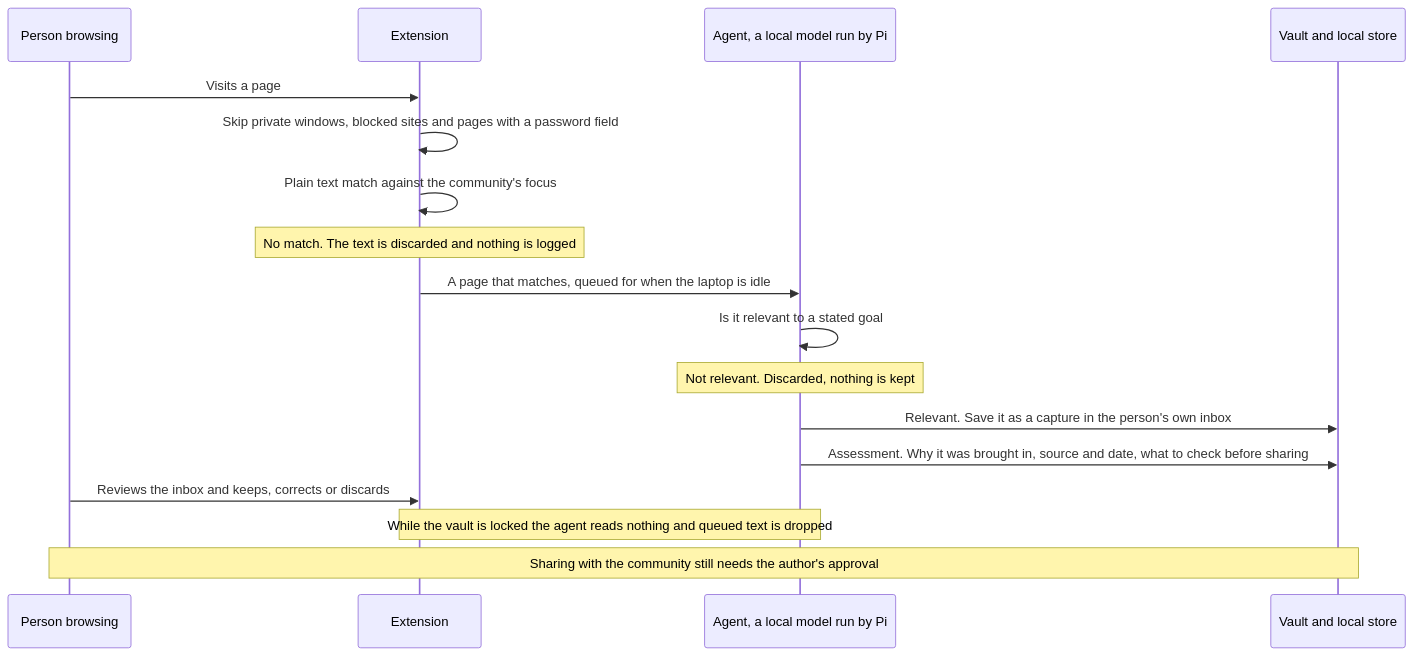
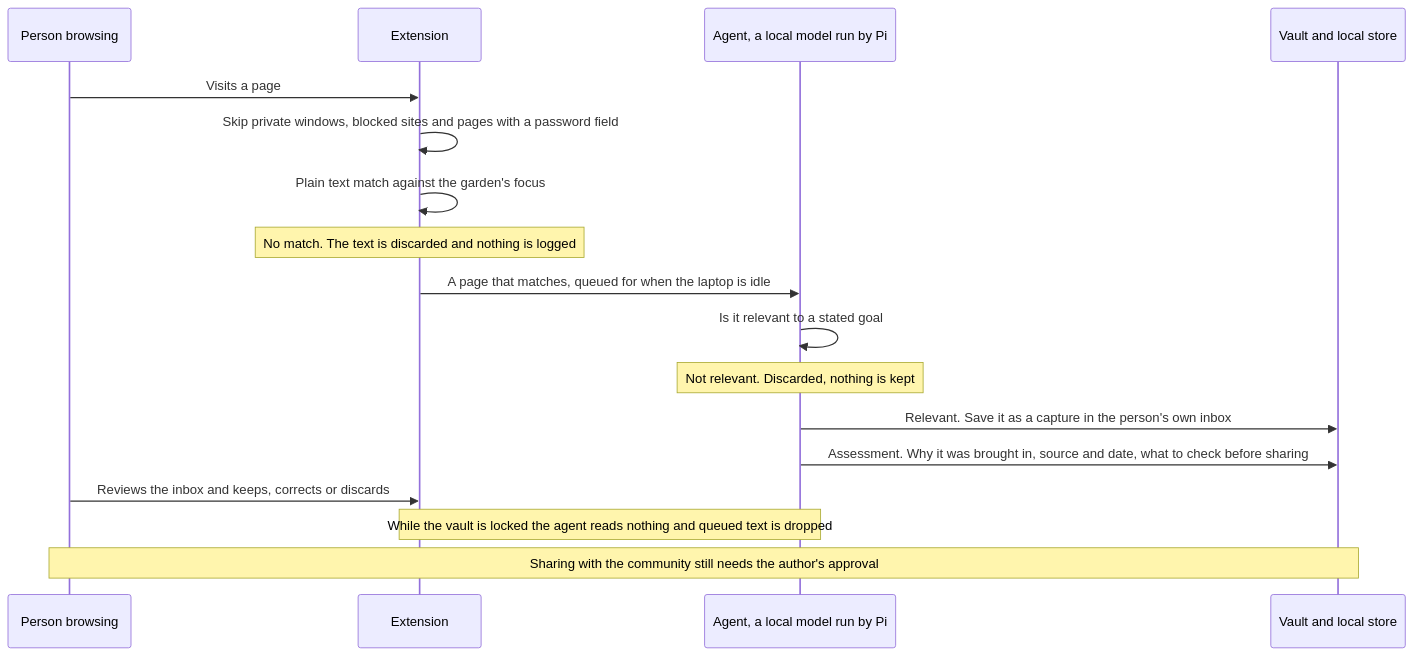
The third of 18 diagrams in .plans/ideas/grove/architecture-flows.md (greenpill-dev-guild/green-goods), drawn with Mermaid before and after one commit. The commit also changed other lines of this file and 10 other files, not shown here.

````diff
--- a/.plans/ideas/grove/architecture-flows.md
+++ b/.plans/ideas/grove/architecture-flows.md
@@ -76,19 +76,19 @@
 ```mermaid
 sequenceDiagram
   participant P as Person browsing
   participant X as Extension
   participant A as Agent, a local model run by Pi
   participant V as Vault and local store
   P->>X: Visits a page
   X->>X: Skip private windows, blocked sites and pages with a password field
-  X->>X: Plain text match against the community's focus
+  X->>X: Plain text match against the garden's focus
   Note over X: No match. The text is discarded and nothing is logged
   X->>A: A page that matches, queued for when the laptop is idle
   A->>A: Is it relevant to a stated goal
   Note over A: Not relevant. Discarded, nothing is kept
   A->>V: Relevant. Save it as a capture in the person's own inbox
   A->>V: Assessment. Why it was brought in, source and date, what to check before sharing
   P->>X: Reviews the inbox and keeps, corrects or discards
   Note over X,A: While the vault is locked the agent reads nothing and queued text is dropped
   Note over P,V: Sharing with the community still needs the author's approval
 ```
````
